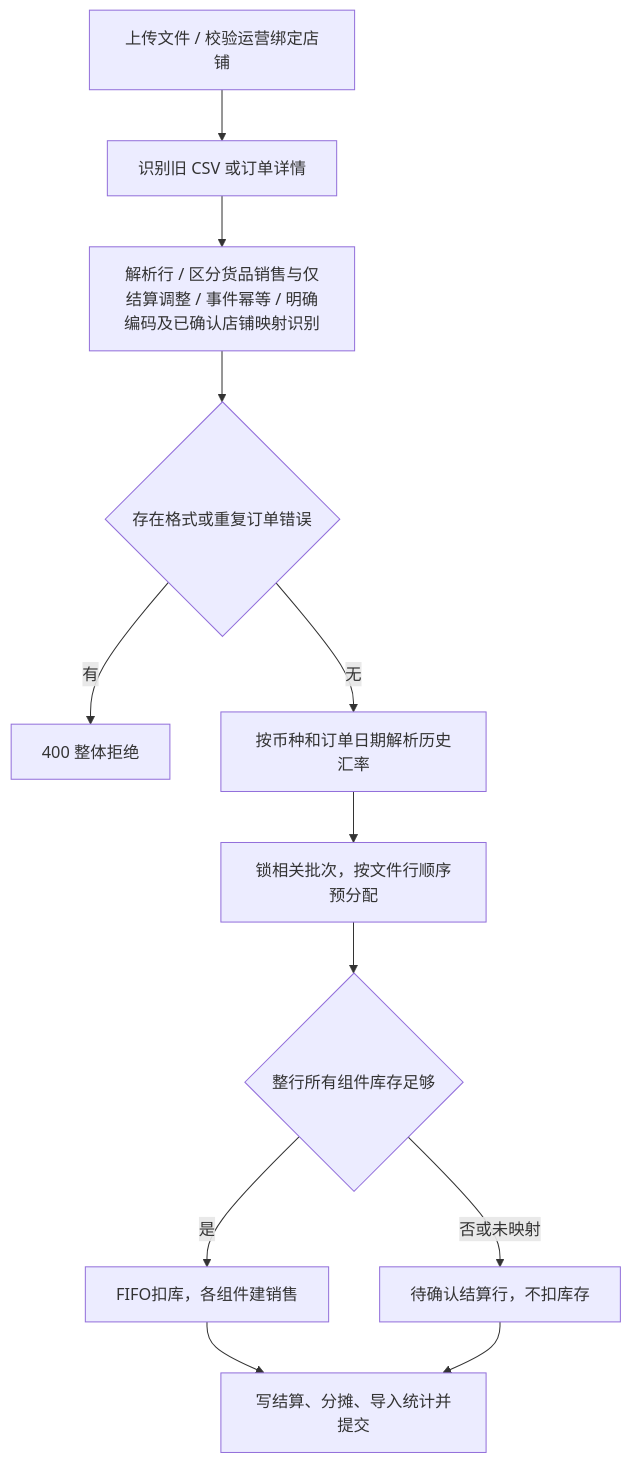
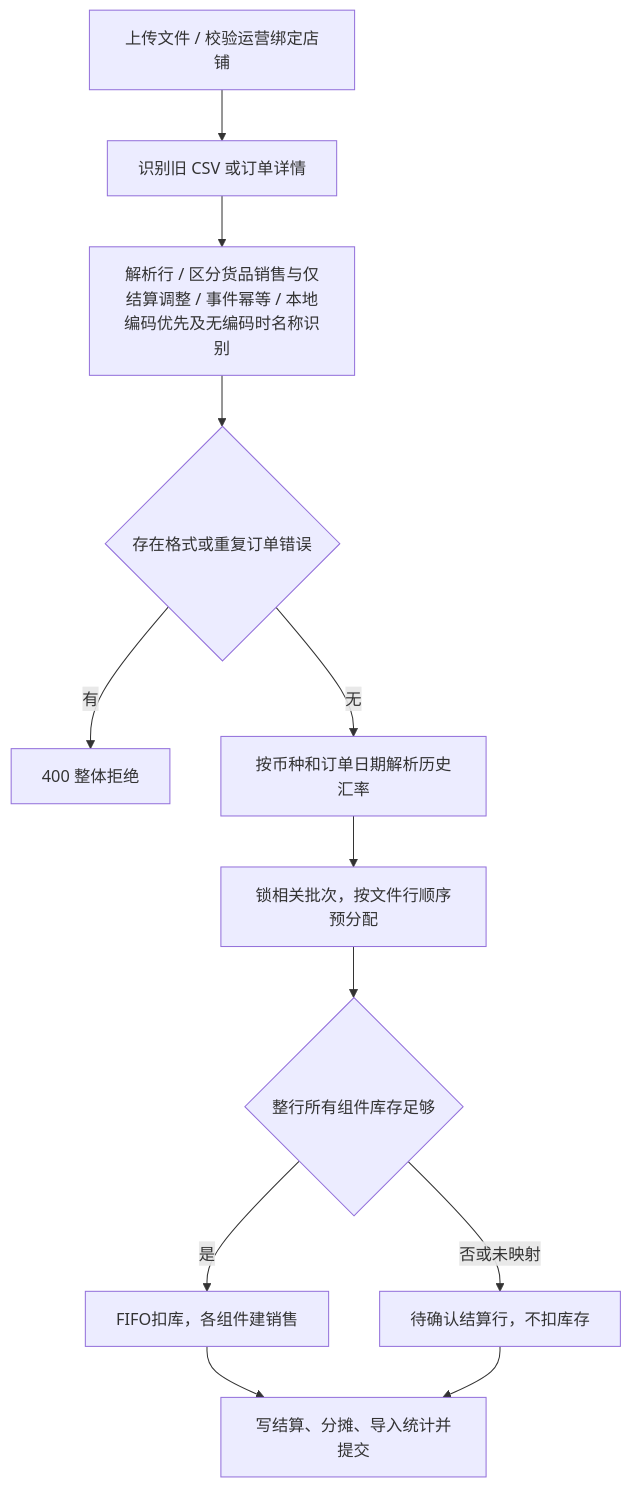
One commit to yueweiit/FastAPIProject changed the first of 2 diagrams in docs/modules/sales/workflow.md. Above: the diagram before and after it, drawn with Mermaid. The commit also changed other lines of this file and 11 other files, not shown here.

````diff
--- a/docs/modules/sales/workflow.md
+++ b/docs/modules/sales/workflow.md
@@ -127,14 +145,14 @@
 ```mermaid
 flowchart TD
     A["上传文件 / 校验运营绑定店铺"] --> B["识别旧 CSV 或订单详情"]
-    B --> C["解析行 / 区分货品销售与仅结算调整 / 事件幂等 / 明确编码及已确认店铺映射识别"]
+    B --> C["解析行 / 区分货品销售与仅结算调整 / 事件幂等 / 本地编码优先及无编码时名称识别"]
     C --> D{"存在格式或重复订单错误"}
     D -->|"有"| E["400 整体拒绝"]
     D -->|"无"| F["按币种和订单日期解析历史汇率"]
     F --> G["锁相关批次，按文件行顺序预分配"]
     G --> H{"整行所有组件库存足够"}
     H -->|"是"| I["FIFO扣库，各组件建销售"]
     H -->|"否或未映射"| J["待确认结算行，不扣库存"]
     I --> K["写结算、分摊、导入统计并提交"]
     J --> K
 ```
````
